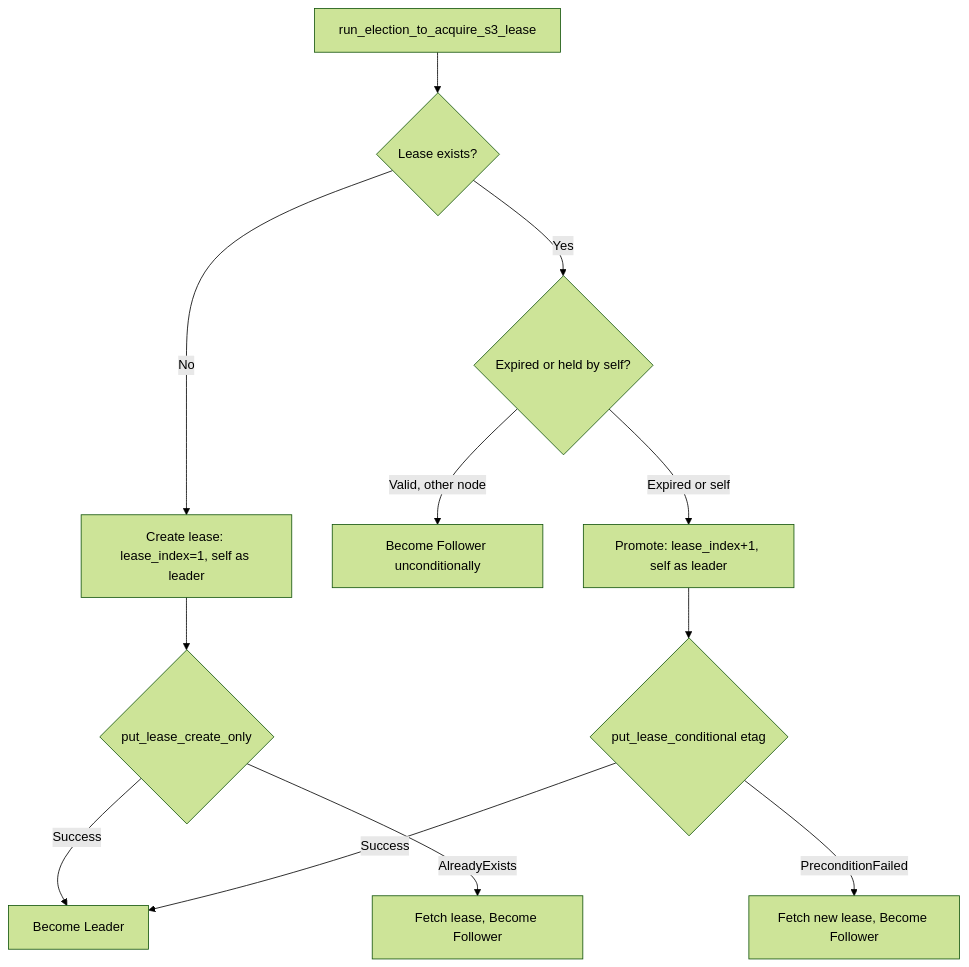
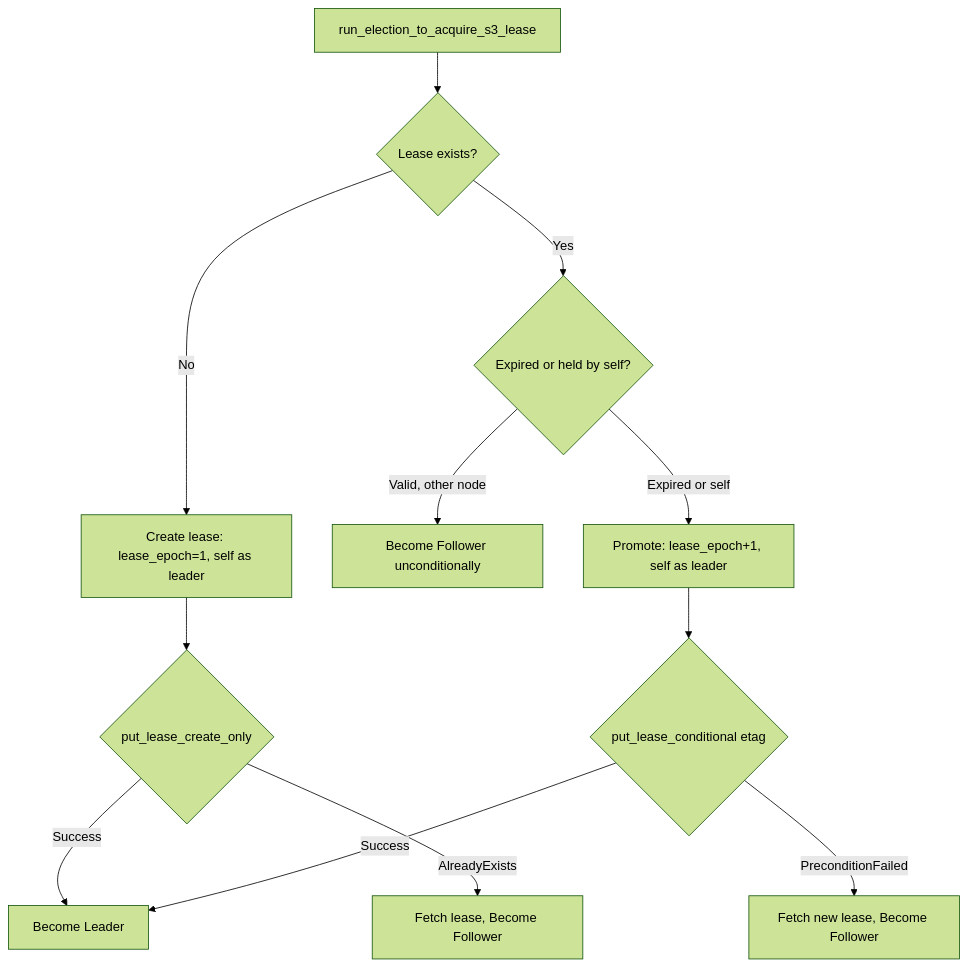
The first of 12 diagrams in docs/leadership-replication-design.md (celeriant/celeriant-db), drawn with Mermaid (forest theme) before and after one commit. The commit also changed other lines of this file and 197 other files, not shown here.

````diff
--- a/docs/leadership-replication-design.md
+++ b/docs/leadership-replication-design.md
@@ -62,15 +62,15 @@
 ```mermaid
 flowchart TD
     A[run_election_to_acquire_s3_lease] --> B{Lease exists?}
-    B -->|No| C[Create lease: lease_index=1, self as leader]
+    B -->|No| C[Create lease: lease_epoch=1, self as leader]
     C --> D{put_lease_create_only}
     D -->|Success| E[Become Leader]
     D -->|AlreadyExists| F[Fetch lease, Become Follower]
 
     B -->|Yes| G{Expired or held by self?}
     G -->|Valid, other node| H[Become Follower unconditionally]
-    G -->|Expired or self| I[Promote: lease_index+1, self as leader]
+    G -->|Expired or self| I[Promote: lease_epoch+1, self as leader]
     I --> J{put_lease_conditional etag}
     J -->|Success| E
     J -->|PreconditionFailed| K[Fetch new lease, Become Follower]
 ```
````
